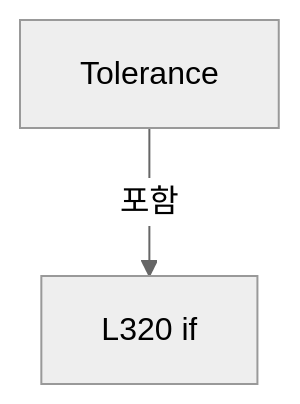
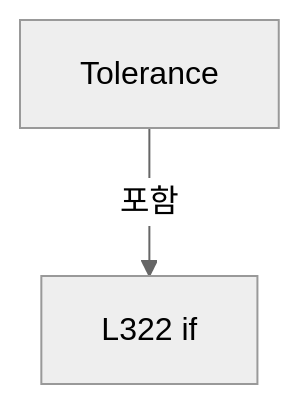
Before and after one commit to kjuws10-rgb/Shared: the ninth of 9 diagrams in A3 LD Code Ref/files/Drilling.Common/Review/CZeroDefenceRecipePlan.cs.md, drawn with Mermaid (neutral theme). The commit also changed other lines of this file and 2071 other files, not shown here.

Commit message:
docs(a3): update 11.19.0 architecture and code reference

````diff
--- a/A3 LD Code Ref/files/Drilling.Common/Review/CZeroDefenceRecipePlan.cs.md
+++ b/A3 LD Code Ref/files/Drilling.Common/Review/CZeroDefenceRecipePlan.cs.md
@@ -2053,6 +2066,6 @@
 ```mermaid
 flowchart TD
  M["Tolerance"]
- N0["L320 if"]
+ N0["L322 if"]
  M -->|포함| N0
 ```
````
